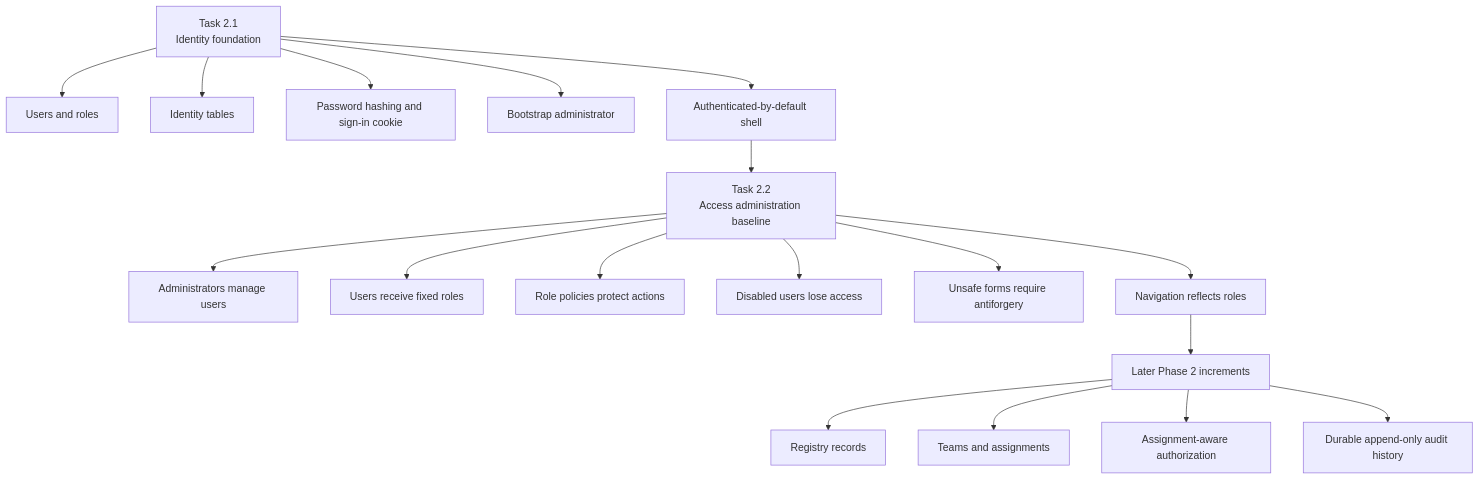
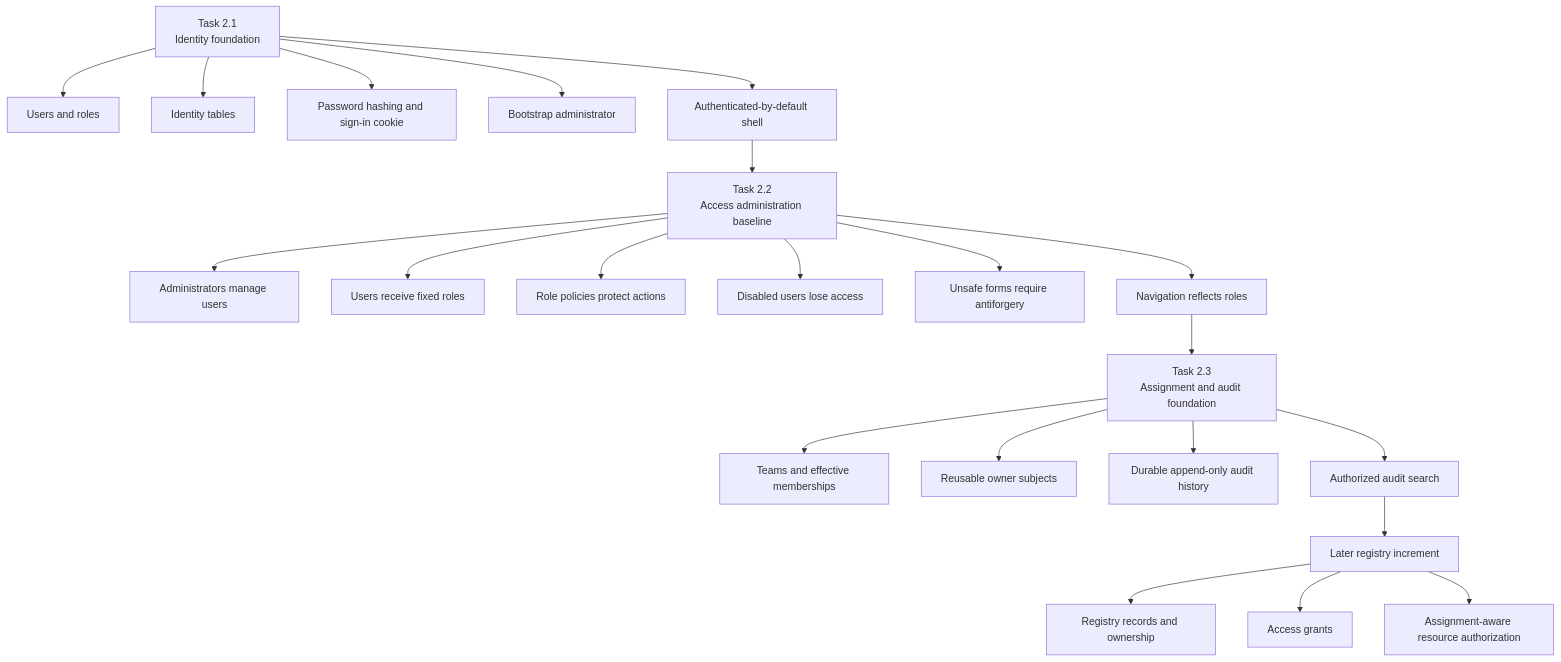
Diagram 15 of 16 in docs/phase-2/Administration_Authorization_Explained.md (hadinajem52/WebHealthProject), drawn with Mermaid before and after one commit. The commit also changed other lines of this file and 44 other files, not shown here.

First line of the commit message:
Phase 2.3: Add team management functionality and audit history

````diff
--- a/docs/phase-2/Administration_Authorization_Explained.md
+++ b/docs/phase-2/Administration_Authorization_Explained.md
@@ -440,22 +443,26 @@
 ```mermaid
 flowchart TD
     A[Task 2.1<br/>Identity foundation] --> A1[Users and roles]
     A --> A2[Identity tables]
     A --> A3[Password hashing and sign-in cookie]
     A --> A4[Bootstrap administrator]
     A --> A5[Authenticated-by-default shell]
 
     A5 --> B[Task 2.2<br/>Access administration baseline]
     B --> B1[Administrators manage users]
     B --> B2[Users receive fixed roles]
     B --> B3[Role policies protect actions]
     B --> B4[Disabled users lose access]
     B --> B5[Unsafe forms require antiforgery]
     B --> B6[Navigation reflects roles]
 
-    B6 --> C[Later Phase 2 increments]
-    C --> C1[Registry records]
-    C --> C2[Teams and assignments]
-    C --> C3[Assignment-aware authorization]
-    C --> C4[Durable append-only audit history]
+    B6 --> C[Task 2.3<br/>Assignment and audit foundation]
+    C --> C1[Teams and effective memberships]
+    C --> C2[Reusable owner subjects]
+    C --> C3[Durable append-only audit history]
+    C --> C4[Authorized audit search]
+    C4 --> D[Later registry increment]
+    D --> D1[Registry records and ownership]
+    D --> D2[Access grants]
+    D --> D3[Assignment-aware resource authorization]
 ```
````
